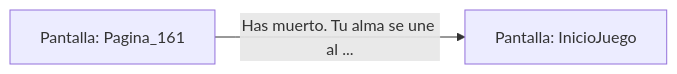
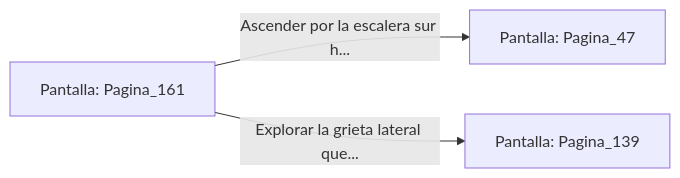
One commit to metsuke/mpl changed the diagram in sample/eligejuego-vault/Pantalla_Pagina_161.md. Above: the diagram before and after it, drawn with Mermaid. The commit also changed other lines of this file and 635 other files, not shown here.

First line of the commit message:
fix: añadir Pagina_1 como pantalla inicial en capitulo_01.mpl

````diff
--- a/sample/eligejuego-vault/Pantalla_Pagina_161.md
+++ b/sample/eligejuego-vault/Pantalla_Pagina_161.md
@@ -17,5 +24,6 @@
 ```mermaid
 graph LR
     P_Pagina_161["Pantalla: Pagina_161"]
-    P_Pagina_161 -->|"Has muerto. Tu alma se une al ..."| P_InicioJuego["Pantalla: InicioJuego"]
+    P_Pagina_161 -->|"Ascender por la escalera sur h..."| P_Pagina_47["Pantalla: Pagina_47"]
+    P_Pagina_161 -->|"Explorar la grieta lateral que..."| P_Pagina_139["Pantalla: Pagina_139"]
 ```
````
